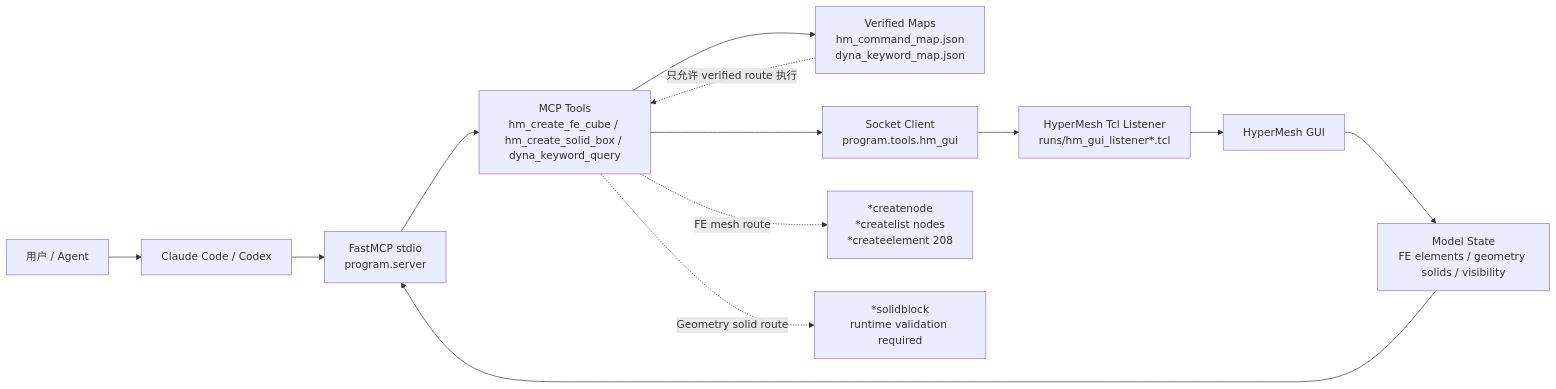
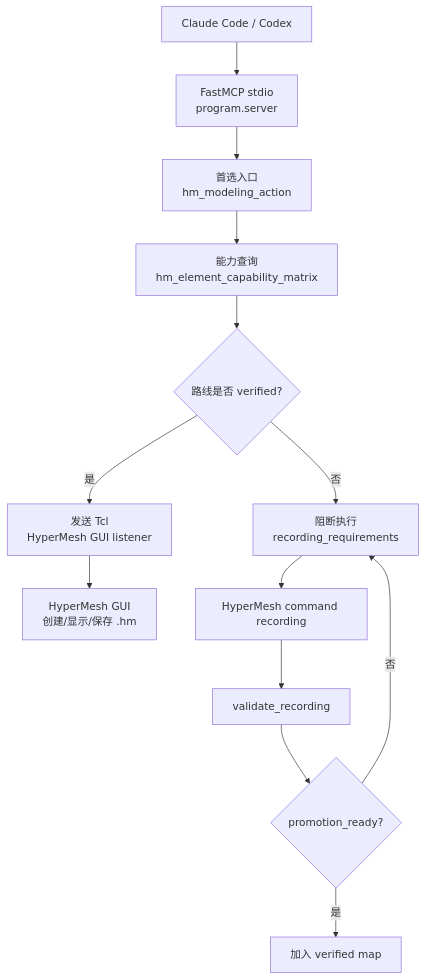
Before and after one commit to yesooner/hyper-dyna-mcp: the diagram in README.md, drawn with Mermaid. The commit also changed other lines of this file and 64 other files, not shown here.

````diff
--- a/README.md
+++ b/README.md
@@ -82,16 +24,15 @@
 ```mermaid
-flowchart LR
-    U["用户 / Agent"] --> C["Claude Code / Codex"]
-    C --> M["FastMCP stdio<br/>program.server"]
-    M --> T["MCP Tools<br/>hm_create_fe_cube / hm_create_solid_box / dyna_keyword_query"]
-    T --> V["Verified Maps<br/>hm_command_map.json<br/>dyna_keyword_map.json"]
-    T --> S["Socket Client<br/>program.tools.hm_gui"]
-    S --> L["HyperMesh Tcl Listener<br/>runs/hm_gui_listener*.tcl"]
-    L --> H["HyperMesh GUI"]
-    H --> R["Model State<br/>FE elements / geometry solids / visibility"]
-    R --> M
-
-    V -. "只允许 verified route 执行" .-> T
-    T -. "FE mesh route" .-> FE["*createnode<br/>*createlist nodes<br/>*createelement 208"]
-    T -. "Geometry solid route" .-> SO["*solidblock<br/>runtime validation required"]
+flowchart TD
+    A["Claude Code / Codex"] --> B["FastMCP stdio<br/>program.server"]
+    B --> C["首选入口<br/>hm_modeling_action"]
+    C --> D["能力查询<br/>hm_element_capability_matrix"]
+    D --> E{"路线是否 verified?"}
+    E -- "是" --> F["发送 Tcl<br/>HyperMesh GUI listener"]
+    F --> G["HyperMesh GUI<br/>创建/显示/保存 .hm"]
+    E -- "否" --> H["阻断执行<br/>recording_requirements"]
+    H --> I["HyperMesh command recording"]
+    I --> J["validate_recording"]
+    J --> K{"promotion_ready?"}
+    K -- "是" --> L["加入 verified map"]
+    K -- "否" --> H
 ```
````
